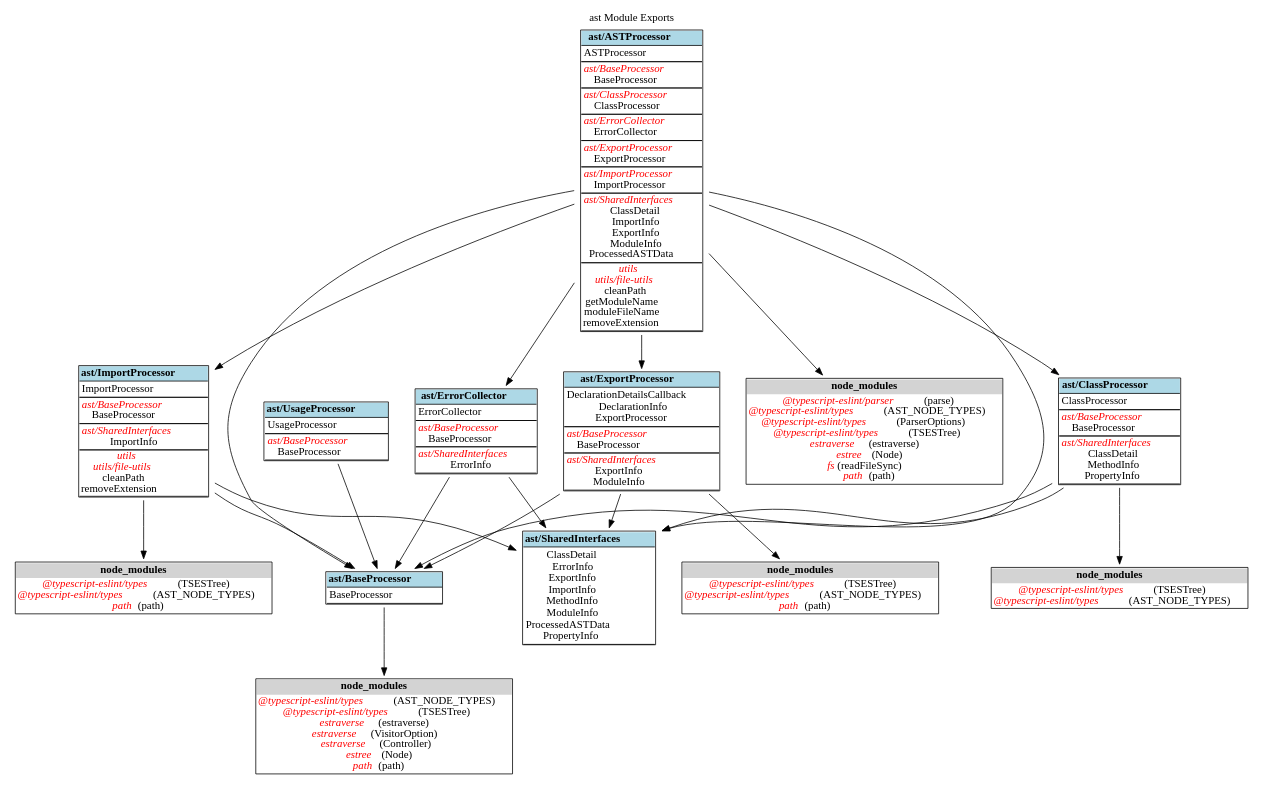
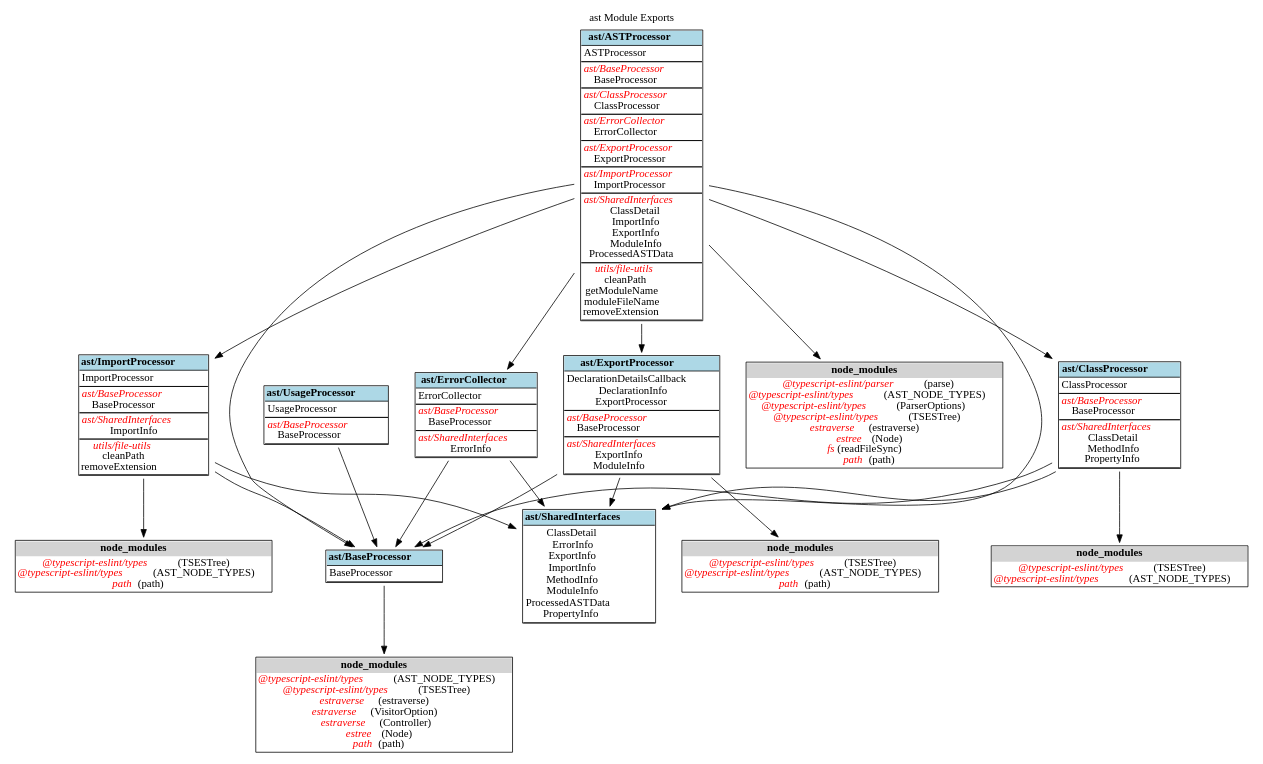
The diagram in dep-graph-ts/ast/ExportGraph.dot (fleebe/GitHubPages), drawn with Graphviz before and after one commit. The commit also changed 97 other files, not shown here.

Commit message:
Update docs for dep-graph-ts from fleebe/dep-graph-ts workflow

```diff
--- a/dep-graph-ts/ast/ExportGraph.dot
+++ b/dep-graph-ts/ast/ExportGraph.dot
@@ -33,8 +33,7 @@
 ModuleInfo<BR/>
 ProcessedASTData<BR/>
 </TD></TR>
-<TR><TD BORDER="1" SIDES="TB" cellpadding="1" align="left" HREF="diagrams.html#utils" TARGET="_top">
-<font color="red"><I>utils</I></font><BR/>
+<TR><TD BORDER="1" SIDES="TB" cellpadding="1" align="left">
 <font color="red"><I>utils/file-utils</I></font><BR/>
 cleanPath<BR/>
 getModuleName<BR/>
@@ -152,8 +151,7 @@
 <font color="red"><I>ast/SharedInterfaces</I></font><BR/>
 ImportInfo<BR/>
 </TD></TR>
-<TR><TD BORDER="1" SIDES="TB" cellpadding="1" align="left" HREF="diagrams.html#utils" TARGET="_top">
-<font color="red"><I>utils</I></font><BR/>
+<TR><TD BORDER="1" SIDES="TB" cellpadding="1" align="left">
 <font color="red"><I>utils/file-utils</I></font><BR/>
 cleanPath<BR/>
 removeExtension<BR/>
```
